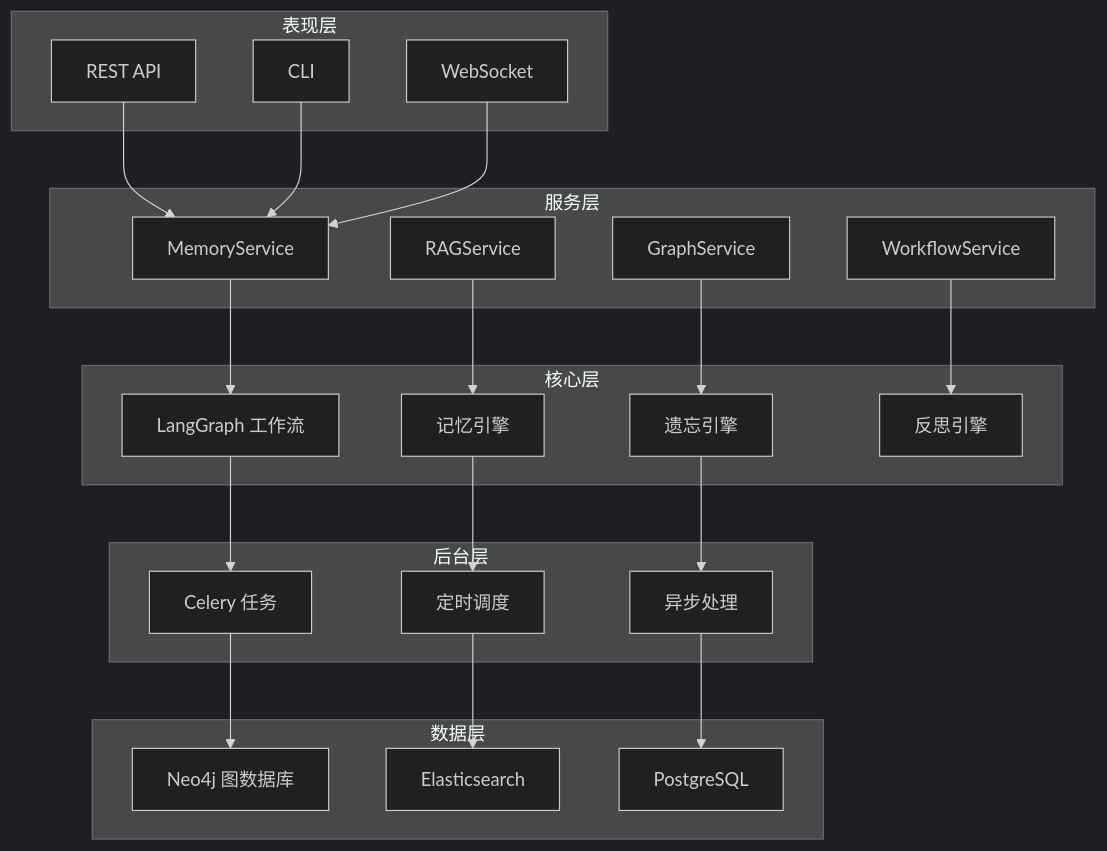
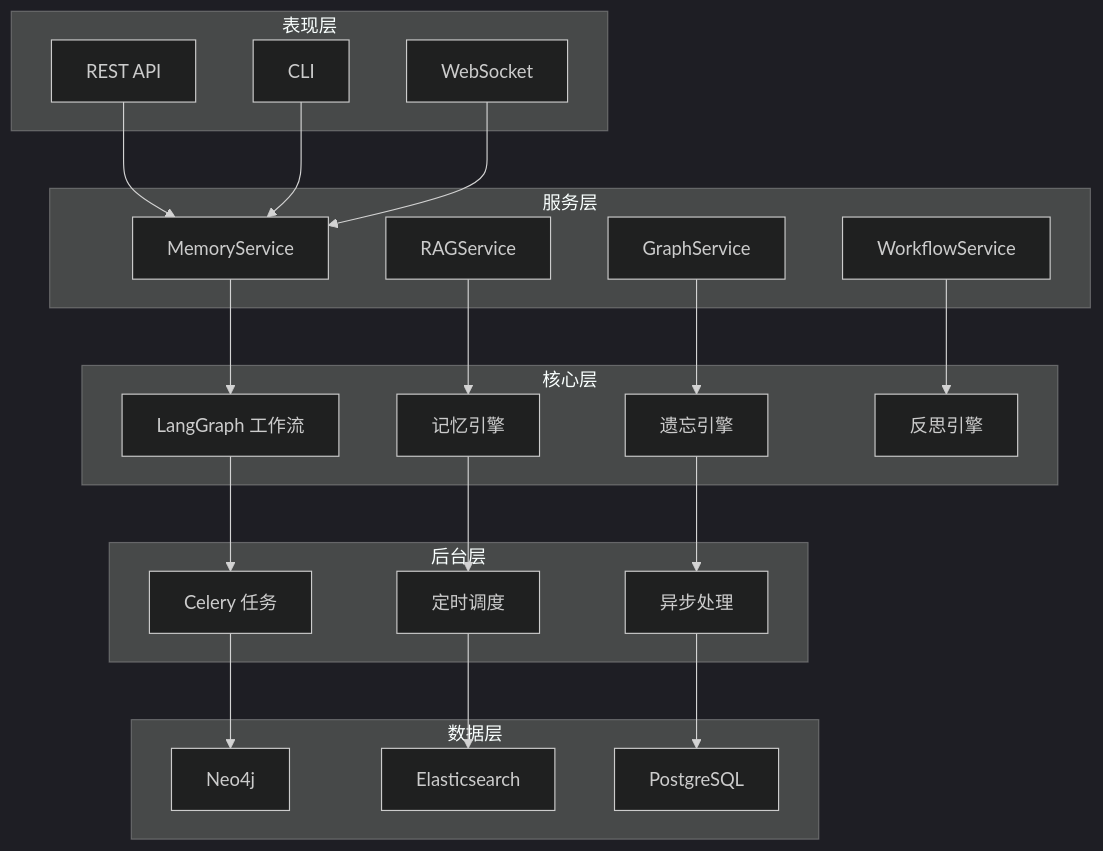
The first of 5 diagrams in GitHub/memorybear/technical-report-for-developers.md (qudi17/knowledge-base), drawn with Mermaid (dark theme) before and after one commit.

Commit message:
Fix Mermaid flowchart syntax
- Add quotes around Chinese subgraph labels
- Simplify database node labels for better rendering
- Ensure GitHub compatibility

````diff
--- a/GitHub/memorybear/technical-report-for-developers.md
+++ b/GitHub/memorybear/technical-report-for-developers.md
@@ -52,48 +52,48 @@
 ```mermaid
 graph TB
-    subgraph 表现层
+    subgraph Layer1["表现层"]
         A1[REST API]
         A2[CLI]
         A3[WebSocket]
     end
     
-    subgraph 服务层
+    subgraph Layer2["服务层"]
         B1[MemoryService]
         B2[RAGService]
         B3[GraphService]
         B4[WorkflowService]
     end
     
-    subgraph 核心层
+    subgraph Layer3["核心层"]
         C1[LangGraph 工作流]
         C2[记忆引擎]
         C3[遗忘引擎]
         C4[反思引擎]
     end
     
-    subgraph 后台层
+    subgraph Layer4["后台层"]
         D1[Celery 任务]
         D2[定时调度]
         D3[异步处理]
     end
     
-    subgraph 数据层
-        E1[Neo4j 图数据库]
+    subgraph Layer5["数据层"]
+        E1[Neo4j]
         E2[Elasticsearch]
         E3[PostgreSQL]
     end
     
     A1 --> B1
     A2 --> B1
     A3 --> B1
     B1 --> C1
     B2 --> C2
     B3 --> C3
     B4 --> C4
     C1 --> D1
     C2 --> D2
     C3 --> D3
     D1 --> E1
     D2 --> E2
     D3 --> E3
 ```
````
